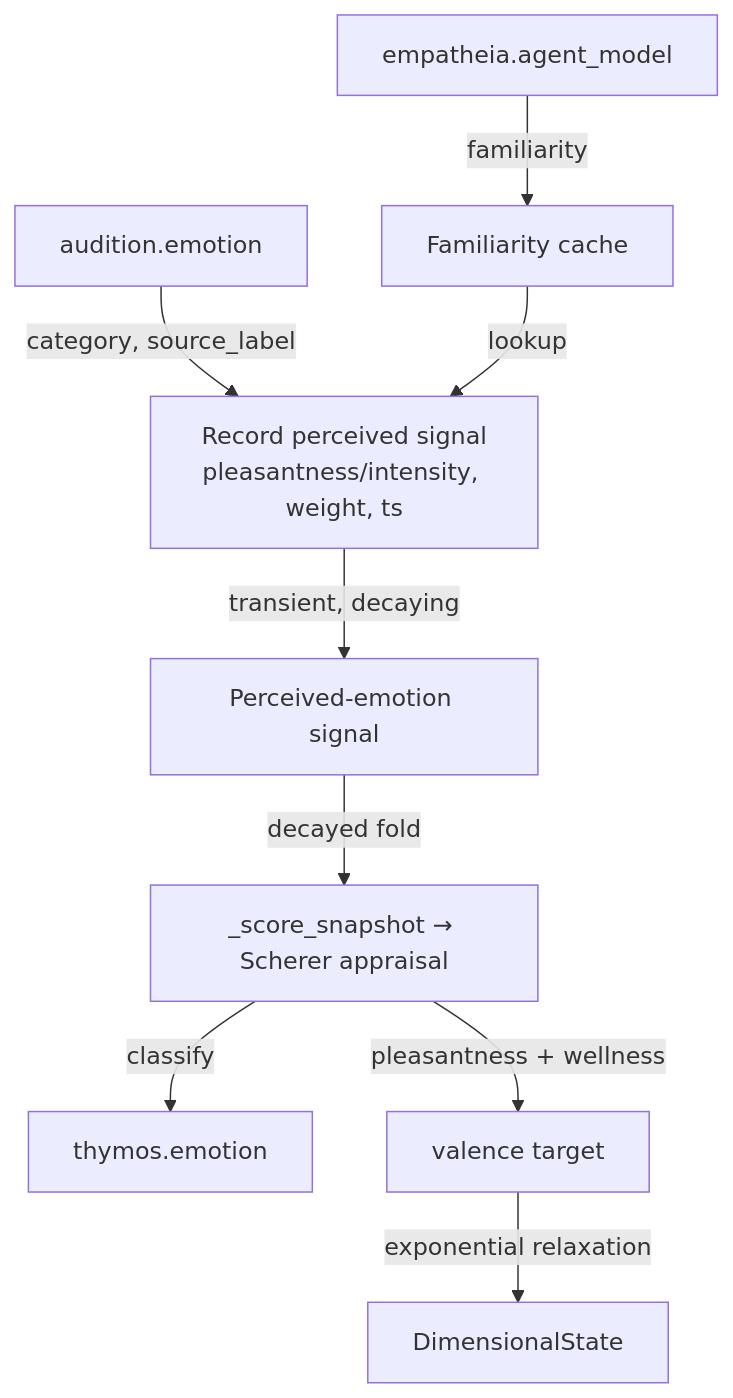
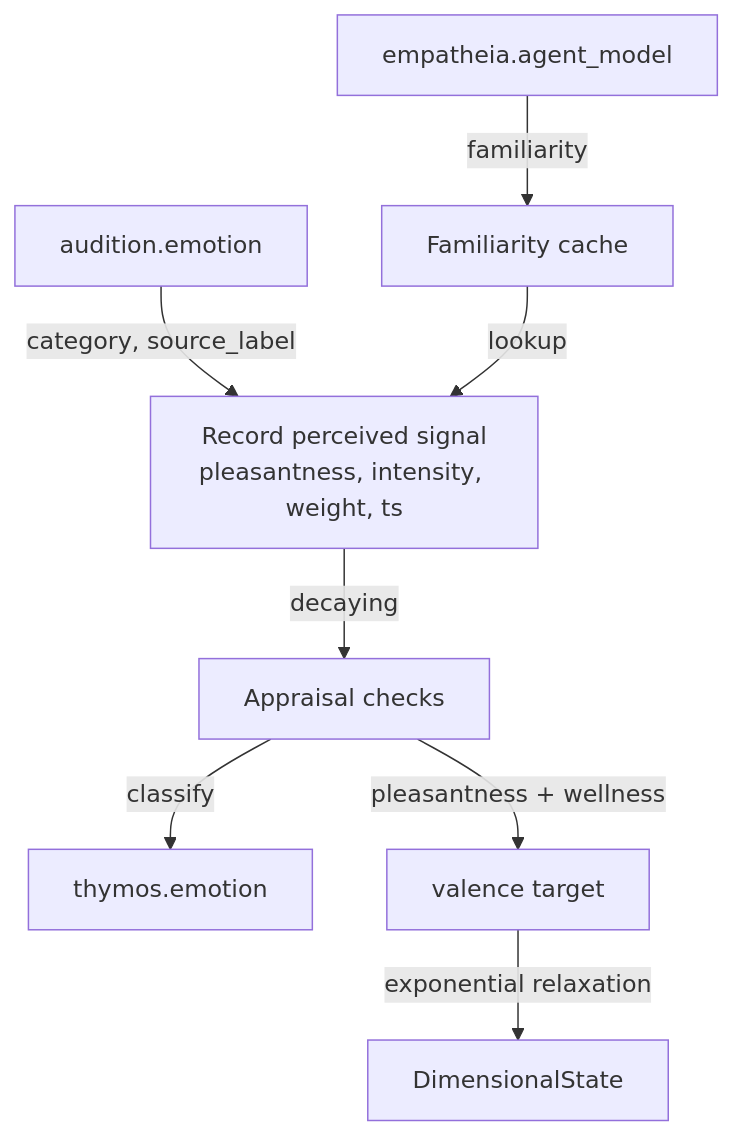
One commit to kaineone/kaine changed the diagram in docs/09-modules/thymos.md. Above: the diagram before and after it, drawn with Mermaid. The commit also changed other lines of this file and 72 other files, not shown here.

````diff
--- a/docs/09-modules/thymos.md
+++ b/docs/09-modules/thymos.md
@@ -185,11 +189,10 @@
 ```mermaid
 flowchart TD
-    AE[audition.emotion] -->|category, source_label| R[Record perceived signal\npleasantness/intensity, weight, ts]
+    AE[audition.emotion] -->|category, source_label| R[Record perceived signal\npleasantness, intensity, weight, ts]
     EM[empatheia.agent_model] -->|familiarity| FC[Familiarity cache]
     FC -->|lookup| R
-    R -->|transient, decaying| PS[Perceived-emotion signal]
-    PS -->|decayed fold| AP[_score_snapshot → Scherer appraisal]
+    R -->|decaying| AP[Appraisal checks]
     AP -->|classify| EMO[thymos.emotion]
     AP -->|pleasantness + wellness| VT[valence target]
     VT -->|exponential relaxation| S[DimensionalState]
 ```
````
